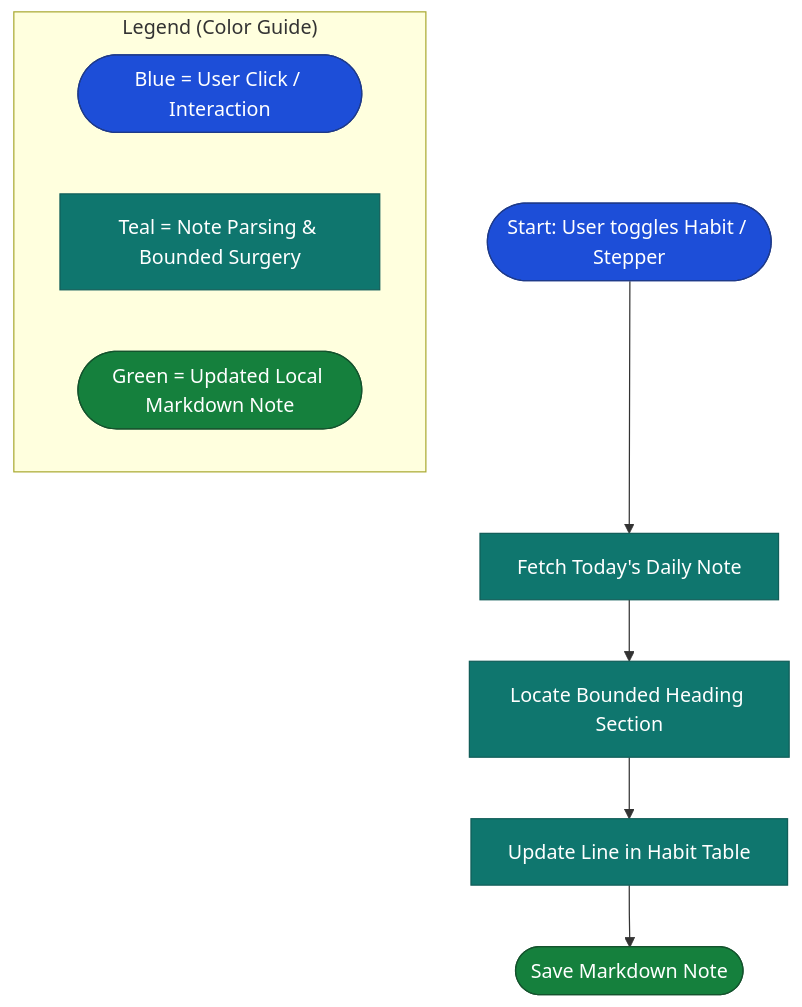
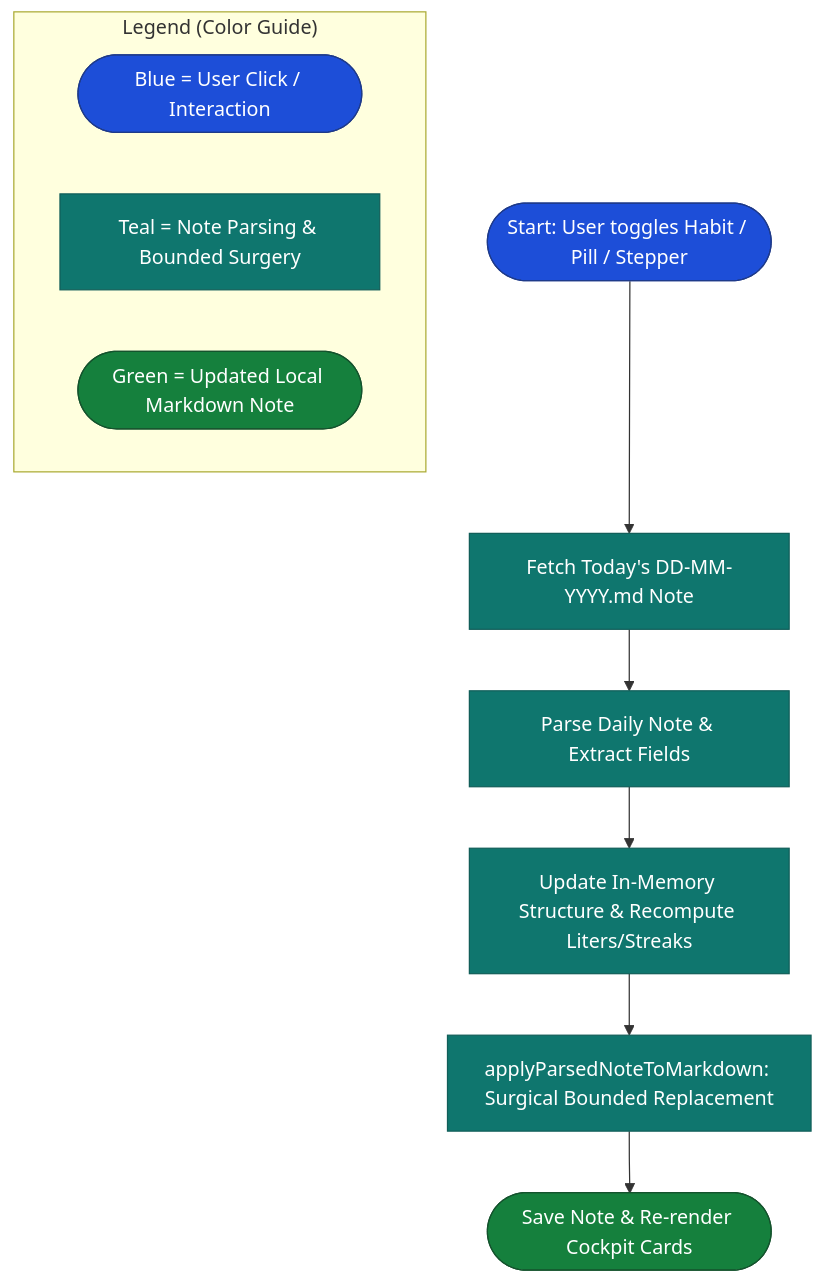
One commit to Mostakim2005/life-os changed the second of 2 diagrams in docs/VISUAL_LOG.md. Above: the diagram before and after it, drawn with Mermaid. The commit also changed other lines of this file and 3 other files, not shown here.

Commit message:
docs: sync architecture, visual flows, and decisions for v3 cockpit

````diff
--- a/docs/VISUAL_LOG.md
+++ b/docs/VISUAL_LOG.md
@@ -9,18 +31,19 @@
 ```mermaid
 flowchart TD
     %% Color Definitions (Obsidian & GitHub compatible)
     classDef startNode fill:#1d4ed8,stroke:#1e3a8a,color:#ffffff
     classDef processNode fill:#0f766e,stroke:#115e59,color:#ffffff
     classDef outputNode fill:#15803d,stroke:#14532d,color:#ffffff
 
-    Start([Start: User toggles Habit / Stepper]):::startNode --> Read[Fetch Today's Daily Note]:::processNode
-    Read --> Locate[Locate Bounded Heading Section]:::processNode
-    Locate --> Modify[Update Line in Habit Table]:::processNode
-    Modify --> Save([Save Markdown Note]):::outputNode
+    Start([Start: User toggles Habit / Pill / Stepper]):::startNode --> Read[Fetch Today's DD-MM-YYYY.md Note]:::processNode
+    Read --> Parse[Parse Daily Note & Extract Fields]:::processNode
+    Parse --> Update[Update In-Memory Structure & Recompute Liters/Streaks]:::processNode
+    Update --> Apply[applyParsedNoteToMarkdown: Surgical Bounded Replacement]:::processNode
+    Apply --> Save([Save Note & Re-render Cockpit Cards]):::outputNode
 
     subgraph Legend["Legend (Color Guide)"]
         L1([Blue = User Click / Interaction]):::startNode
         L2[Teal = Note Parsing & Bounded Surgery]:::processNode
         L3([Green = Updated Local Markdown Note]):::outputNode
     end
 ```
````
